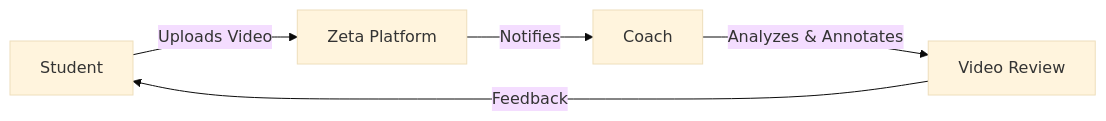
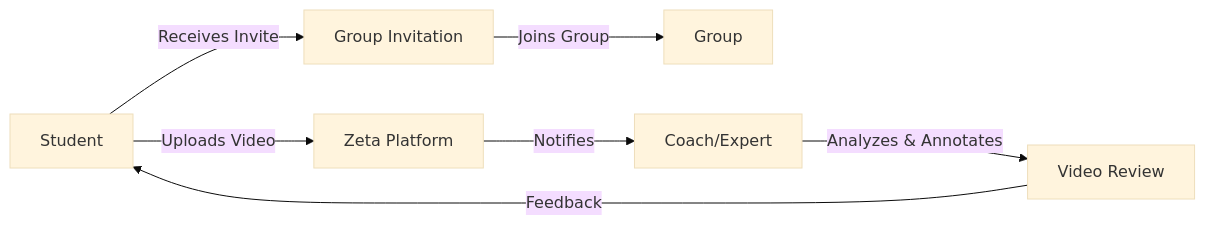
The first of 5 diagrams in README.md (OZIOisgood/zeta), drawn with Mermaid (base theme) before and after one commit. The commit also changed other lines of this file and 25 other files, not shown here.

````diff
--- a/README.md
+++ b/README.md
@@ -89,7 +99,9 @@
 ```mermaid
 graph LR
-    Student[Student] -->|Uploads Video| Zeta[Zeta Platform]
-    Zeta -->|Notifies| Coach[Coach]
+    Student[Student] -->|Receives Invite| Invite[Group Invitation]
+    Invite -->|Joins Group| Group[Group]
+    Student -->|Uploads Video| Zeta[Zeta Platform]
+    Zeta -->|Notifies| Coach[Coach/Expert]
     Coach -->|Analyzes & Annotates| Review[Video Review]
     Review -->|Feedback| Student
 ```
````
